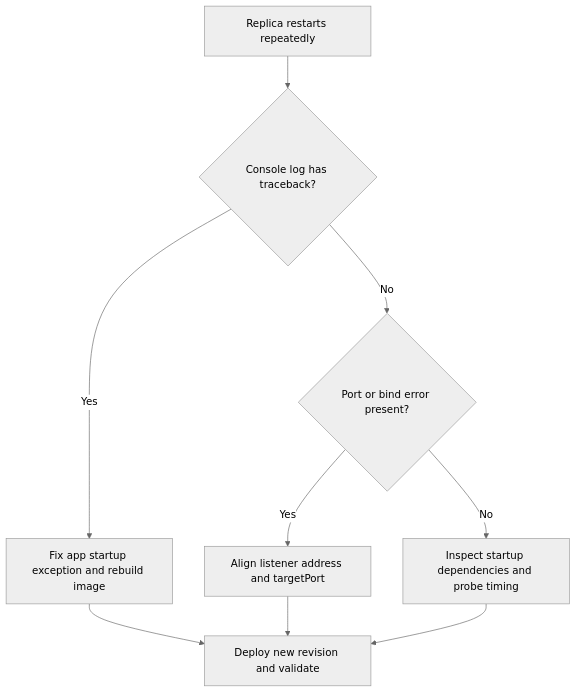
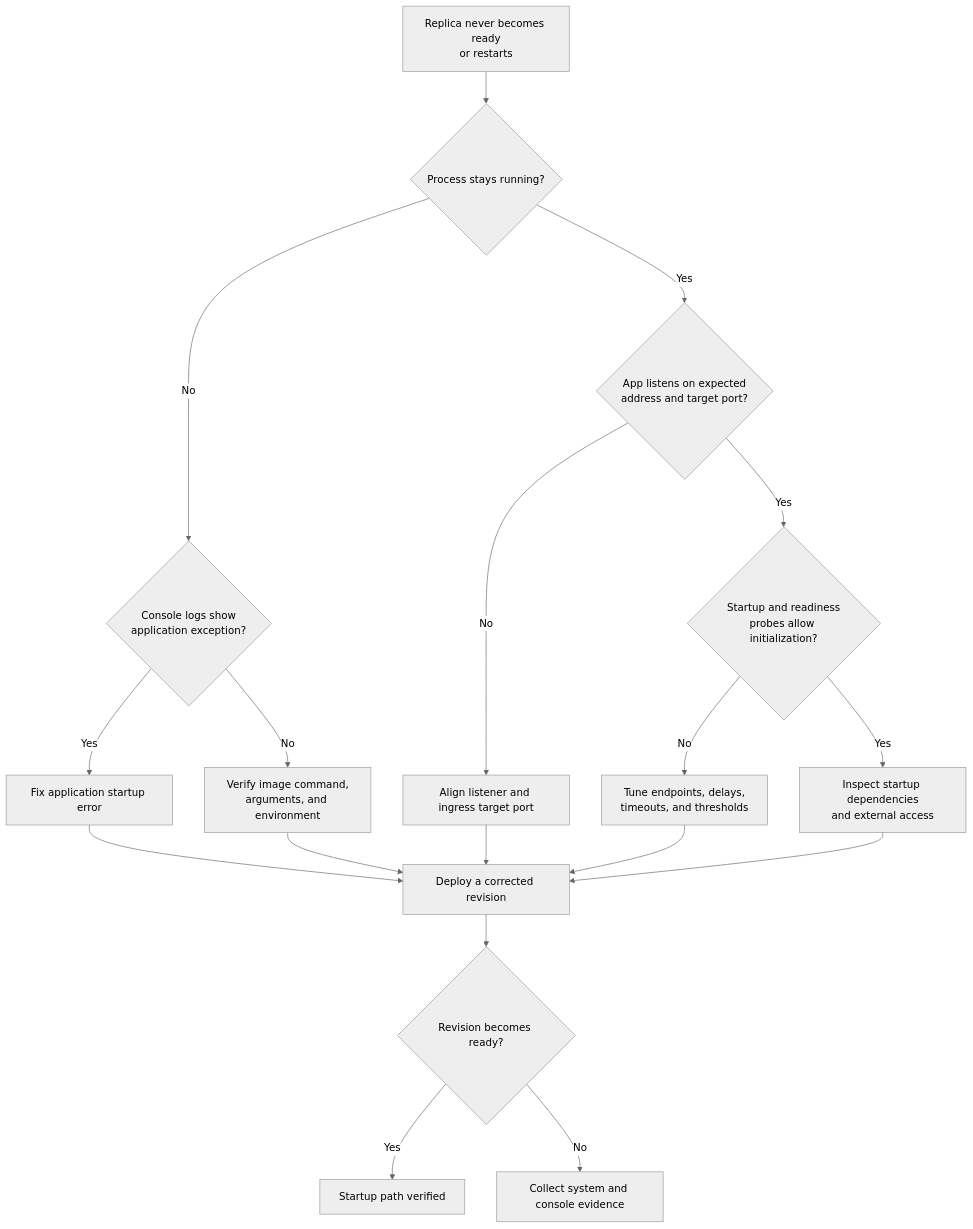
The diagram in docs/troubleshooting/playbooks/startup-and-provisioning/container-start-failure.md (yeongseon/azure-container-apps-practical-guide), drawn with Mermaid (neutral theme) before and after one commit. The commit also changed other lines of this file and 28 other files, not shown here.

Commit message:
docs(diagrams): migrate playbook diagnostic flows (#627)

````diff
--- a/docs/troubleshooting/playbooks/startup-and-provisioning/container-start-failure.md
+++ b/docs/troubleshooting/playbooks/startup-and-provisioning/container-start-failure.md
@@ -38,11 +38,23 @@
 ```mermaid
 flowchart TD
-    A[Replica restarts repeatedly] --> B{Console log has traceback?}
-    B -->|Yes| C[Fix app startup exception and rebuild image]
-    B -->|No| D{Port or bind error present?}
-    D -->|Yes| E[Align listener address and targetPort]
-    D -->|No| F[Inspect startup dependencies and probe timing]
-    C --> G[Deploy new revision and validate]
-    E --> G
-    F --> G
+    accTitle: Diagnose a container that cannot become ready
+    accDescr: Use platform and console logs to separate process exit, command failure, port mismatch, dependency delay, and probe timing before deploying a corrected revision.
+
+    START[Replica never becomes ready<br/>or restarts] --> PROCESS{Process stays running?}
+    PROCESS -->|No| LOGS{Console logs show<br/>application exception?}
+    LOGS -->|Yes| APP[Fix application startup error]
+    LOGS -->|No| COMMAND[Verify image command,<br/>arguments, and environment]
+    PROCESS -->|Yes| PORT{App listens on expected<br/>address and target port?}
+    PORT -->|No| BIND[Align listener and ingress target port]
+    PORT -->|Yes| PROBE{Startup and readiness<br/>probes allow initialization?}
+    PROBE -->|No| TIMING[Tune endpoints, delays,<br/>timeouts, and thresholds]
+    PROBE -->|Yes| DEPENDENCY[Inspect startup dependencies<br/>and external access]
+    APP --> VERIFY[Deploy a corrected revision]
+    COMMAND --> VERIFY
+    BIND --> VERIFY
+    TIMING --> VERIFY
+    DEPENDENCY --> VERIFY
+    VERIFY --> READY{Revision becomes ready?}
+    READY -->|Yes| DONE[Startup path verified]
+    READY -->|No| EVIDENCE[Collect system and console evidence]
 ```
````
